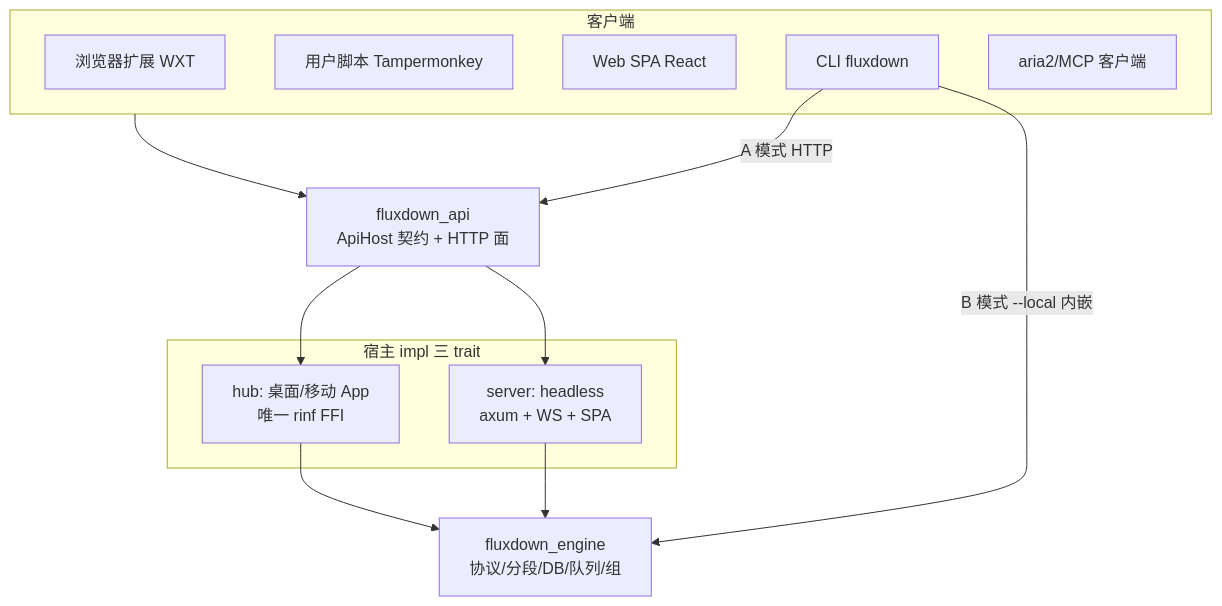
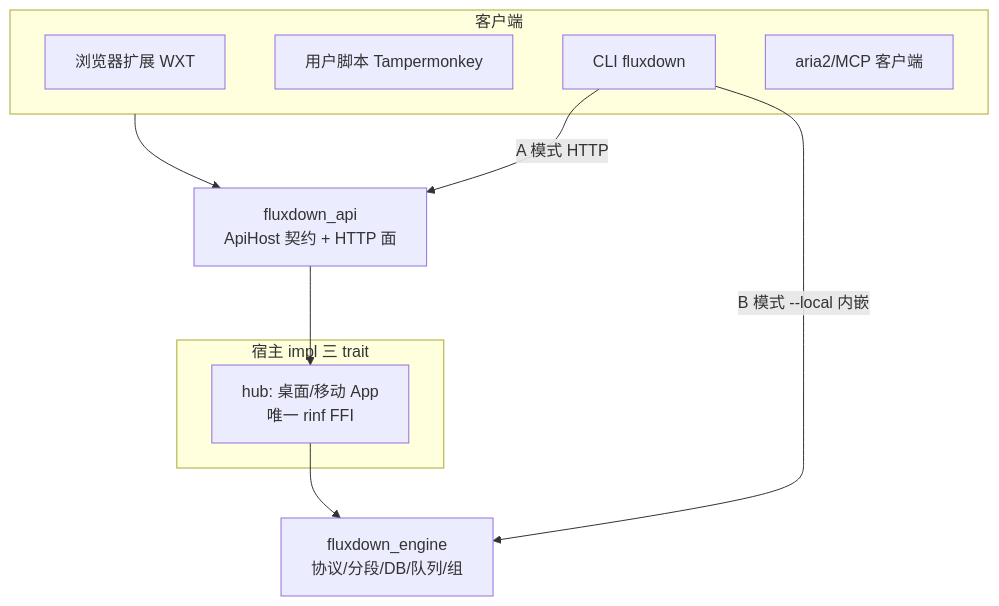
One commit to tsunehimatoi/FluxDownLocal changed the diagram in .omp/knowledge/README.md. Above: the diagram before and after it, drawn with Mermaid. The commit also changed other lines of this file and 393 other files, not shown here.

````diff
--- a/.omp/knowledge/README.md
+++ b/.omp/knowledge/README.md
@@ -43,23 +43,19 @@
 ```mermaid
 flowchart TB
   subgraph clients[客户端]
     ext[浏览器扩展 WXT]
     us[用户脚本 Tampermonkey]
-    web[Web SPA React]
     cli[CLI fluxdown]
     aria[aria2/MCP 客户端]
   end
   subgraph hosts[宿主 impl 三 trait]
     hub[hub: 桌面/移动 App<br/>唯一 rinf FFI]
-    srv[server: headless<br/>axum + WS + SPA]
   end
   api[fluxdown_api<br/>ApiHost 契约 + HTTP 面]
   eng[fluxdown_engine<br/>协议/分段/DB/队列/组]
   clients --> api
   api --> hub
-  api --> srv
   hub --> eng
-  srv --> eng
   cli -->|A 模式 HTTP| api
   cli -->|B 模式 --local 内嵌| eng
 ```
````
